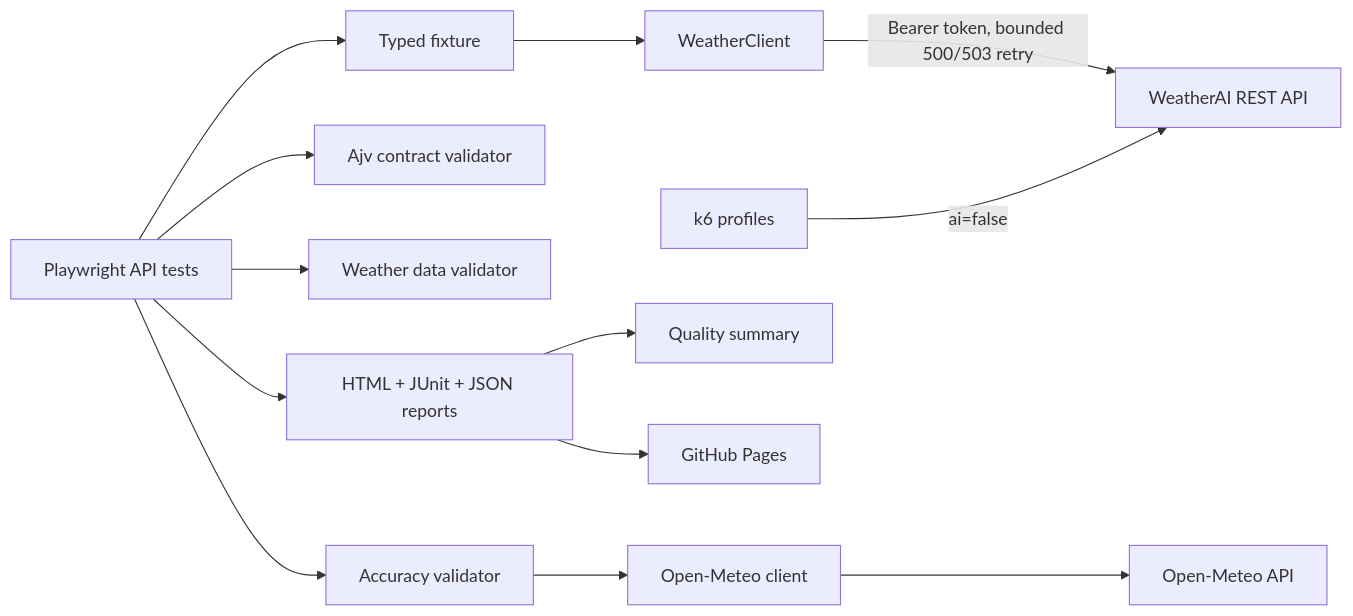
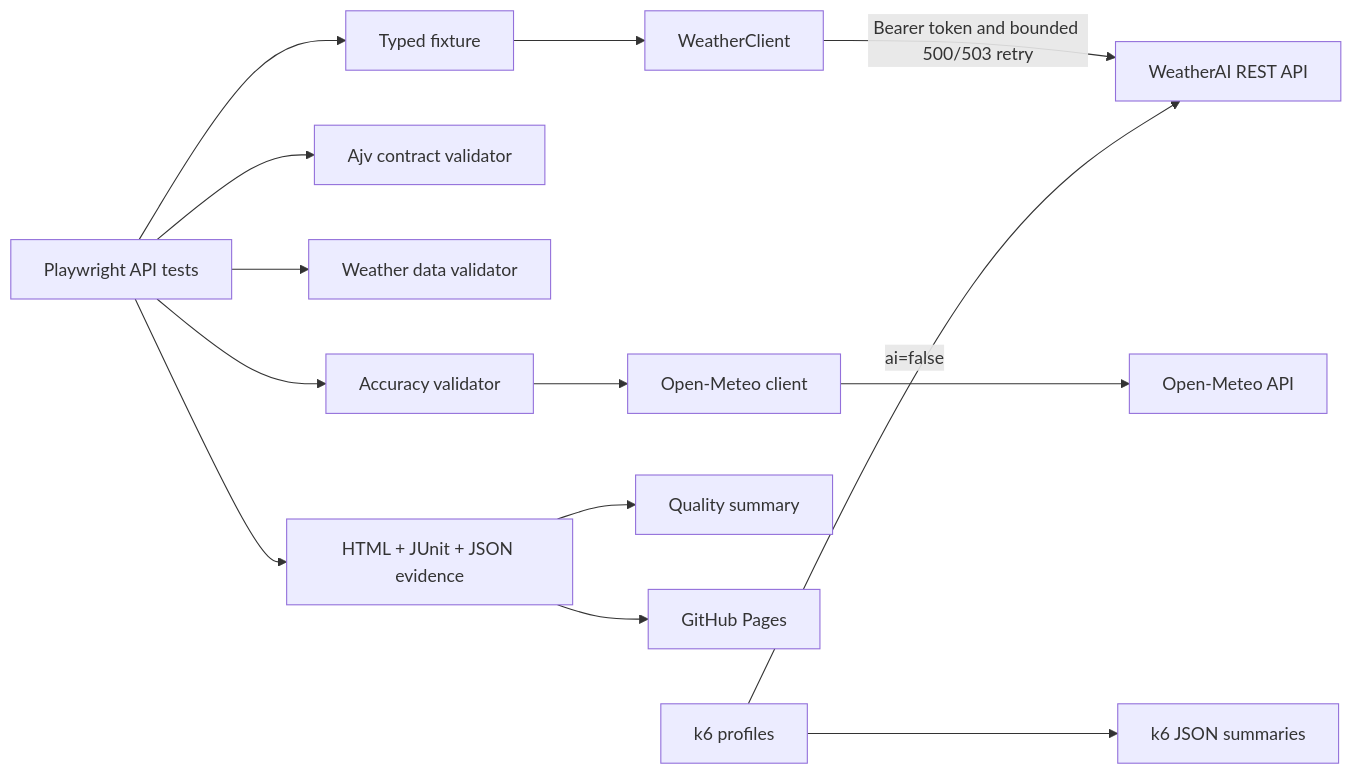
Before and after one commit to Joseph-Mutua/weatherai-atmosguard: the diagram in README.md, drawn with Mermaid. The commit also changed other lines of this file and 3 other files, not shown here.

````diff
--- a/README.md
+++ b/README.md
@@ -51,15 +58,16 @@
 ```mermaid
 flowchart LR
     T[Playwright API tests] --> F[Typed fixture]
     F --> C[WeatherClient]
-    C -->|Bearer token, bounded 500/503 retry| W[WeatherAI REST API]
+    C -->|Bearer token and bounded 500/503 retry| W[WeatherAI REST API]
     T --> AJV[Ajv contract validator]
     T --> DQ[Weather data validator]
     T --> AC[Accuracy validator]
     AC --> R[Open-Meteo client]
     R --> O[Open-Meteo API]
-    T --> REP[HTML + JUnit + JSON reports]
+    T --> REP[HTML + JUnit + JSON evidence]
     REP --> QR[Quality summary]
     REP --> GP[GitHub Pages]
     K[k6 profiles] -->|ai=false| W
+    K --> KR[k6 JSON summaries]
 ```
````
